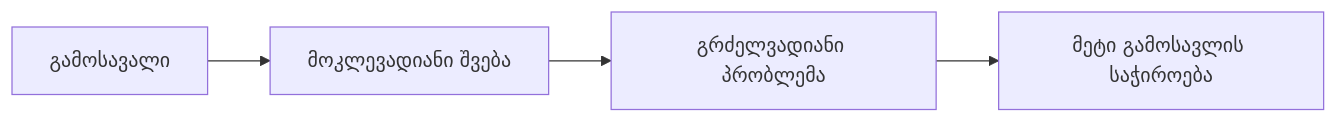
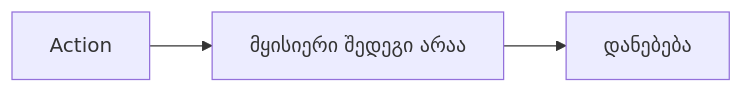
The ninth of 25 diagrams in books/src/007.md (DavidTbilisi/BookSummary), drawn with Mermaid before and after one commit. The commit also changed other lines of this file and 10 other files, not shown here.

````diff
--- a/books/src/007.md
+++ b/books/src/007.md
@@ -117,6 +158,4 @@
 ```mermaid
 flowchart LR
-  Fix[გამოსავალი] --> ShortTermRelief[მოკლევადიანი შვება]
-  ShortTermRelief --> LongTermProblem[გრძელვადიანი პრობლემა]
-  LongTermProblem --> NeedForMoreFix[მეტი გამოსავლის საჭიროება]
+  Action --> NoImmediateResult[მყისიერი შედეგი არაა] --> Quit[დანებება]
 ```
````
